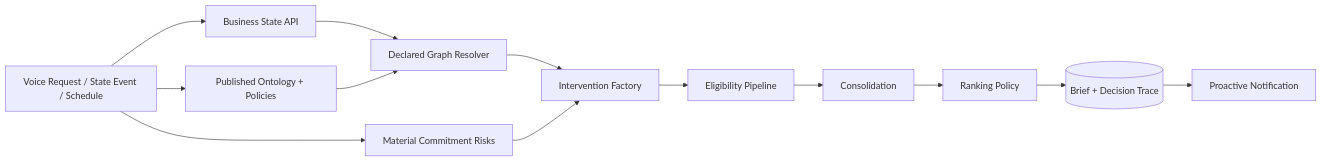
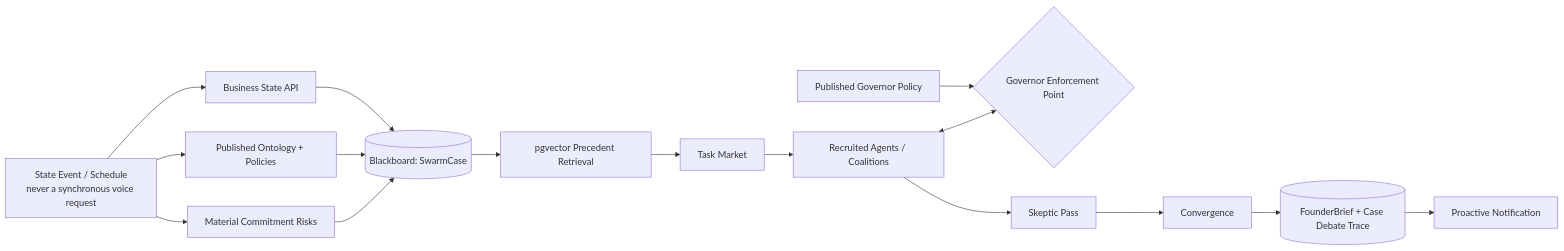
Before and after one commit to Tervigon-Collective/Seleric_Agent: the fifth of 9 diagrams in 07_WORKFLOW_AND_DATA_FLOW.md, drawn with Mermaid. The commit also changed other lines of this file and 26 other files, not shown here.

````diff
--- a/07_WORKFLOW_AND_DATA_FLOW.md
+++ b/07_WORKFLOW_AND_DATA_FLOW.md
@@ -319,24 +302,29 @@
 ```mermaid
 flowchart LR
-    Trigger[Voice Request / State Event / Schedule]
+    Trigger[State Event / Schedule<br/>never a synchronous voice request]
     State[Business State API]
     Control[Published Ontology + Policies]
+    GovPolicy[Published Governor Policy]
     Commit[Material Commitment Risks]
-    Graph[Declared Graph Resolver]
-    Candidate[Intervention Factory]
-    Eligible[Eligibility Pipeline]
-    Dedupe[Consolidation]
-    Rank[Ranking Policy]
-    Brief[(Brief + Decision Trace)]
+    Prec[pgvector Precedent Retrieval]
+    BB[(Blackboard: SwarmCase)]
+    Task[Task Market]
+    Agents[Recruited Agents / Coalitions]
+    Gov{Governor Enforcement Point}
+    Skep[Skeptic Pass]
+    Conv[Convergence]
+    Brief[(FounderBrief + Case Debate Trace)]
     Notify[Proactive Notification]
 
     Trigger --> State
     Trigger --> Control
     Trigger --> Commit
-    State --> Graph
-    Control --> Graph
-    Graph --> Candidate
-    Commit --> Candidate
-    Candidate --> Eligible --> Dedupe --> Rank --> Brief
+    State --> BB
+    Control --> BB
+    Commit --> BB
+    BB --> Prec --> Task --> Agents
+    Agents <--> Gov
+    GovPolicy --> Gov
+    Agents --> Skep --> Conv --> Brief
     Brief --> Notify
 ```
````
